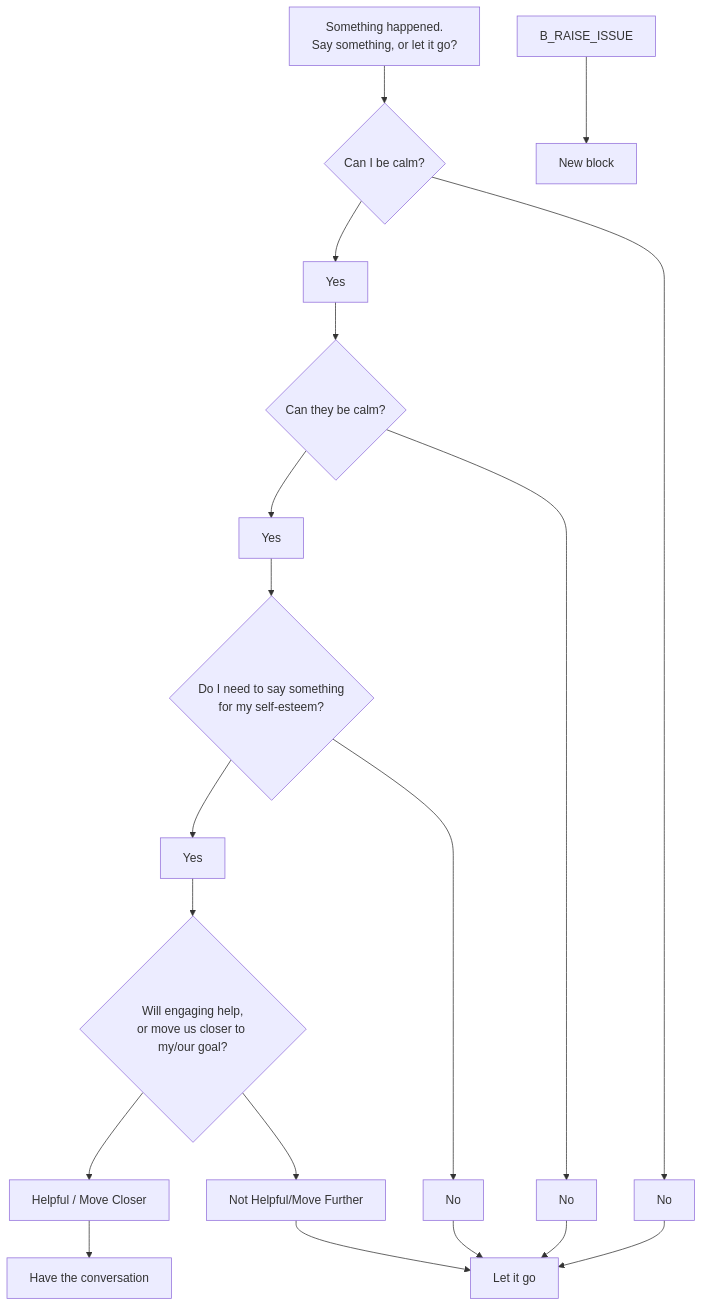
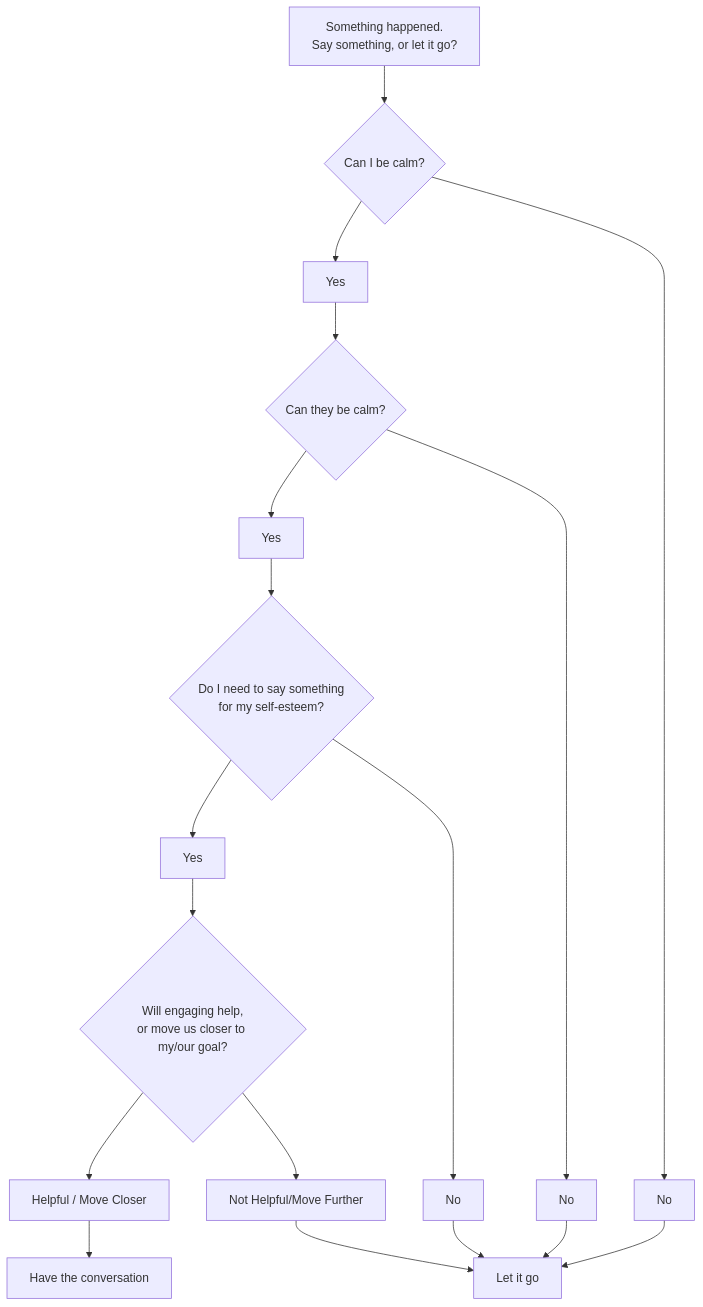
One commit to matkatmusic/relationship-mermaid changed the diagram in diagrams/say-something-or-let-it-go.mmd. Above: the diagram before and after it, drawn with Mermaid.

Commit message:
removed invalid block types from say-something-or-let-it-go

```diff
--- a/diagrams/say-something-or-let-it-go.mmd
+++ b/diagrams/say-something-or-let-it-go.mmd
@@ -1,41 +1,39 @@
 flowchart TD
   B_Start["Something happened.<br/>Say something, or let it go?"]
   Q_Q1{"Can I be calm?"}
   B_LetGo["Let it go"]
   Q_Q2{"Can they be calm?"}
   Q_Q3{"Do I need to say something<br/>for my self-esteem?"}
   Q_Q4{"Will engaging help,<br/>or move us closer to my/our goal?"}
   B_HaveConvo["Have the conversation"]
 
   B_Start --> Q_Q1
 
   Q_CHOICE_Q1_NEW["Yes"]
   Q_Q1 --> Q_CHOICE_Q1_NEW
   Q_CHOICE_Q1_NEW --> Q_Q2
   Q_CHOICE_Q1_NEW2["No"]
   Q_Q1 --> Q_CHOICE_Q1_NEW2
   Q_CHOICE_Q1_NEW2 --> B_LetGo
   Q_CHOICE_Q2_NEW["Yes"]
   Q_Q2 --> Q_CHOICE_Q2_NEW
   Q_CHOICE_Q2_NEW2["No"]
   Q_Q2 --> Q_CHOICE_Q2_NEW2
   Q_CHOICE_Q2_NEW2 --> B_LetGo
   Q_CHOICE_Q2_NEW --> Q_Q3
   Q_CHOICE_Q3_NEW["Yes"]
   Q_Q3 --> Q_CHOICE_Q3_NEW
   Q_CHOICE_Q3_NEW --> Q_Q4
   Q_CHOICE_Q3_NEW2["No"]
   Q_Q3 --> Q_CHOICE_Q3_NEW2
   Q_CHOICE_Q3_NEW2 --> B_LetGo
   Q_CHOICE_Q4_NEW["Helpful / Move Closer"]
   Q_Q4 --> Q_CHOICE_Q4_NEW
   Q_CHOICE_Q4_NEW --> B_HaveConvo
   Q_CHOICE_Q4_NEW2["Not Helpful/Move Further"]
   Q_Q4 --> Q_CHOICE_Q4_NEW2
   Q_CHOICE_Q4_NEW2 --> B_LetGo
-  B_RAISE_ISSUE --> B_NEW_1
-  B_NEW_1["New block"]
 %%%%====
 %% DO NOT MODIFY - AUTOMATICALLY GENERATED DURING EVERY SAVE
-%% {"lastSelectedNodeId":"B_RAISE_ISSUE","outputScrollLeft":0,"outputScrollTop":150,"typeColors":{"decision":"#f6d365","choice":"#9ed7a4","static":"#9fc5e8","goal":"#c9b6e4"},"nodeTypes":{}}
+%% {"lastSelectedNodeId":null,"outputScrollLeft":0,"outputScrollTop":0,"mainZoomPercent":100,"typeColors":{"decision":"#f6d365","choice":"#9ed7a4","static":"#9fc5e8","goal":"#c9b6e4"},"nodeTypes":{}}
 %%%%====
```
